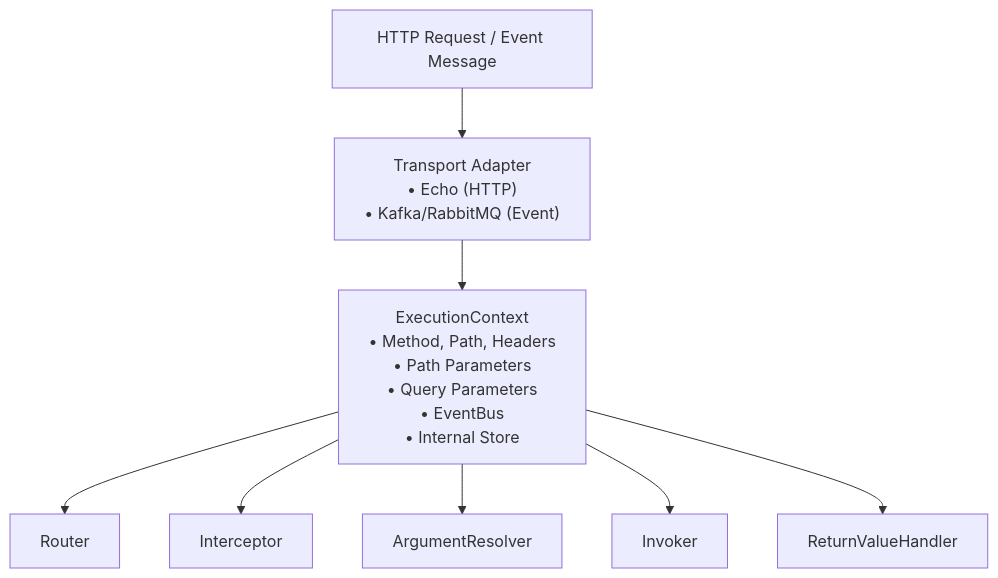
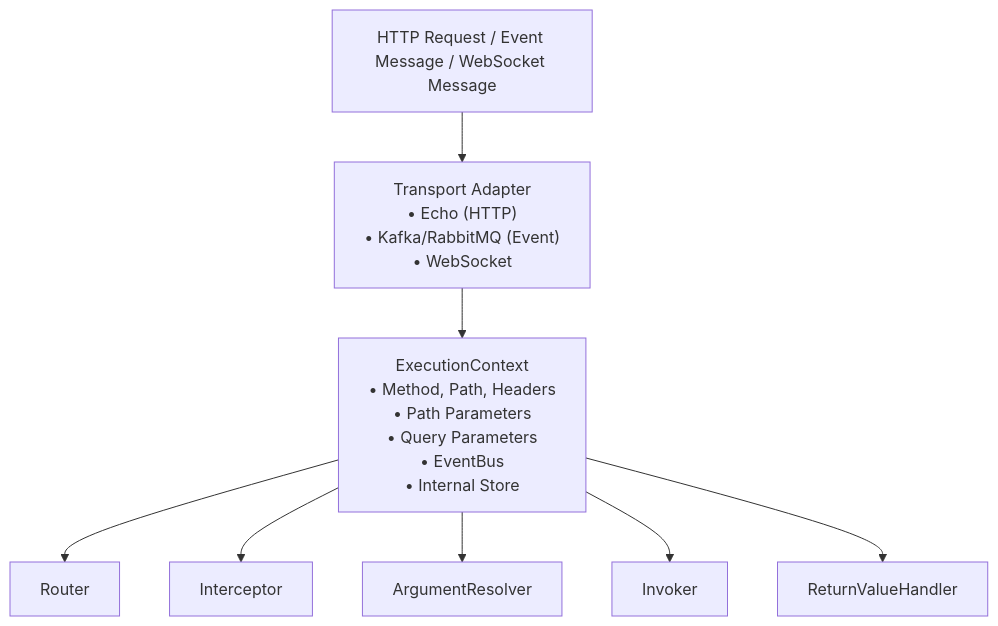
Before and after one commit to NARUBROWN/spine-site: the first of 2 diagrams in docs/en/learn/core-concepts/execution-context.md, drawn with Mermaid. The commit also changed other lines of this file and 22 other files, not shown here.

Commit message:
docs: Document WebSocket support, `WebSocketContext`, and `ControllerContext`, and update `ExecutionContext` methods and protocol differences.

````diff
--- a/docs/en/learn/core-concepts/execution-context.md
+++ b/docs/en/learn/core-concepts/execution-context.md
@@ -9,23 +9,23 @@
 ```mermaid
 graph TD
-    Request["HTTP Request / Event Message"]
+    Request["HTTP Request / Event Message / WebSocket Message"]
     
-    Transport["Transport Adapter<br>• Echo (HTTP)<br>• Kafka/RabbitMQ (Event)"]
+    Transport["Transport Adapter<br>• Echo (HTTP)<br>• Kafka/RabbitMQ (Event)<br>• WebSocket"]
     
     Context["ExecutionContext<br>• Method, Path, Headers<br>• Path Parameters<br>• Query Parameters<br>• EventBus<br>• Internal Store"]
     
     Router["Router"]
     Interceptor["Interceptor"]
     ArgResolver["ArgumentResolver"]
     Invoker["Invoker"]
     ReturnHandler["ReturnValueHandler"]
 
     Request --> Transport
     Transport --> Context
     
     Context --> Router
     Context --> Interceptor
     Context --> ArgResolver
     Context --> Invoker
     Context --> ReturnHandler
 ```
````
